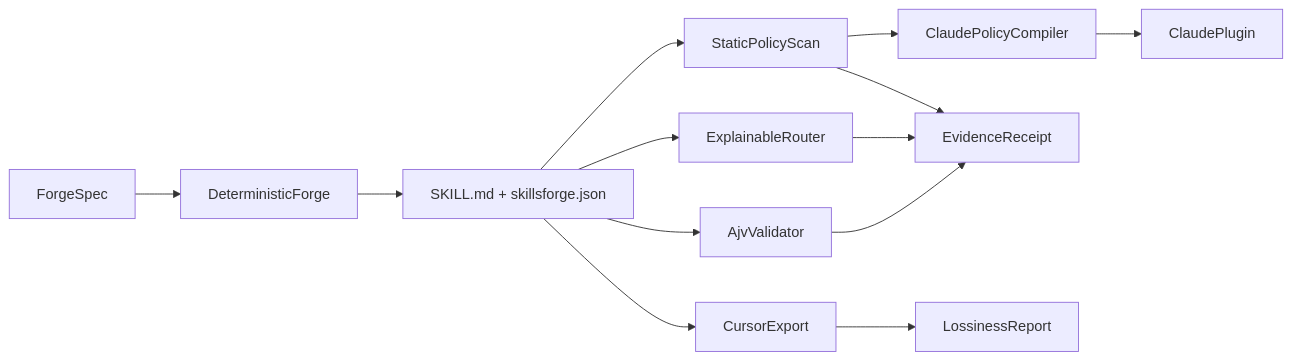
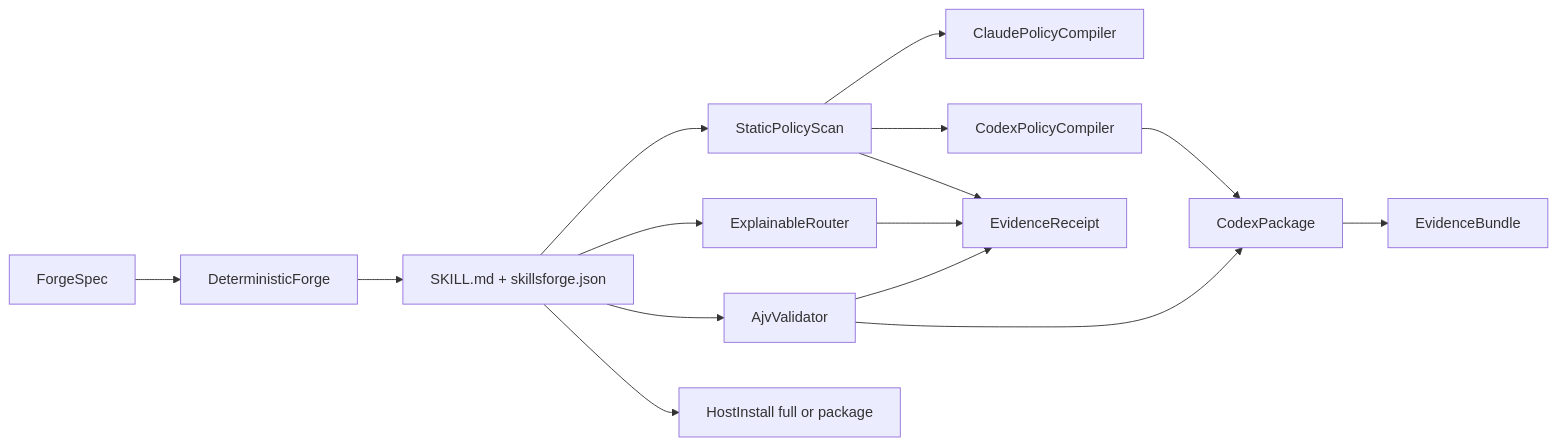
One commit to Tlkh201313/SkillsForge changed the third of 5 diagrams in docs/architecture.md. Above: the diagram before and after it, drawn with Mermaid. The commit also changed other lines of this file and 10 other files, not shown here.

````diff
--- a/docs/architecture.md
+++ b/docs/architecture.md
@@ -19,15 +77,17 @@
 ```mermaid
 flowchart LR
   ForgeSpec[ForgeSpec] --> Forge[DeterministicForge]
   Forge --> Canonical[SKILL.md + skillsforge.json]
   Canonical --> Validate[AjvValidator]
   Canonical --> Route[ExplainableRouter]
   Canonical --> Policy[StaticPolicyScan]
-  Policy --> HookCompiler[ClaudePolicyCompiler]
+  Policy --> ClaudeHooks[ClaudePolicyCompiler]
+  Policy --> CodexHooks[CodexPolicyCompiler]
+  Validate --> Package[CodexPackage]
+  CodexHooks --> Package
+  Package --> Evidence[EvidenceBundle]
   Validate --> Receipt[EvidenceReceipt]
   Route --> Receipt
   Policy --> Receipt
-  HookCompiler --> ClaudePlugin[ClaudePlugin]
-  Canonical --> CursorExport[CursorExport]
-  CursorExport --> Lossiness[LossinessReport]
+  Canonical --> Install[HostInstall full or package]
 ```
````
